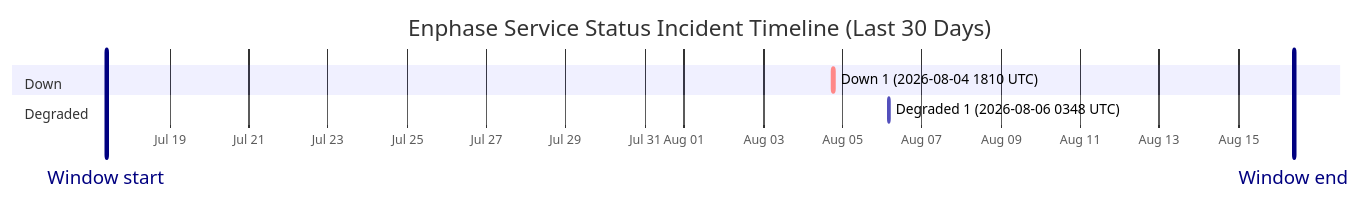
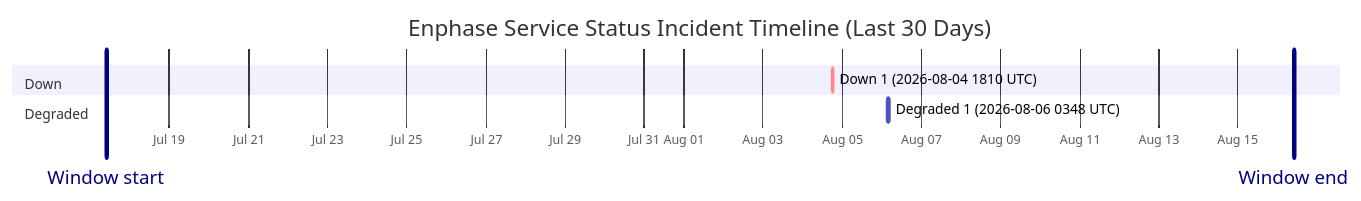
The diagram in wiki/Service-Status-History.md (barneyonline/ha-enphase-energy), drawn with Mermaid before and after one commit. The commit also changed other lines of this file and 3 other files, not shown here.

````diff
--- a/wiki/Service-Status-History.md
+++ b/wiki/Service-Status-History.md
@@ -14,12 +14,12 @@
 ```mermaid
 gantt
     title Enphase Service Status Incident Timeline (Last 30 Days)
     dateFormat  YYYY-MM-DDTHH:mm:ss
     axisFormat  %b %d
-    Window start :vert, window-start, 2026-07-17T09:28:56, 0ms
-    Window end :vert, window-end, 2026-08-16T09:28:56, 0ms
+    Window start :vert, window-start, 2026-07-17T09:52:35, 0ms
+    Window end :vert, window-end, 2026-08-16T09:52:35, 0ms
     section Down
     Down 1 (2026-08-04 1810 UTC) :crit, down-1, 2026-08-04T18:10:46, 60m
     section Degraded
     Degraded 1 (2026-08-06 0348 UTC) :active, degraded-1, 2026-08-06T03:48:14, 60m
 ```
````
